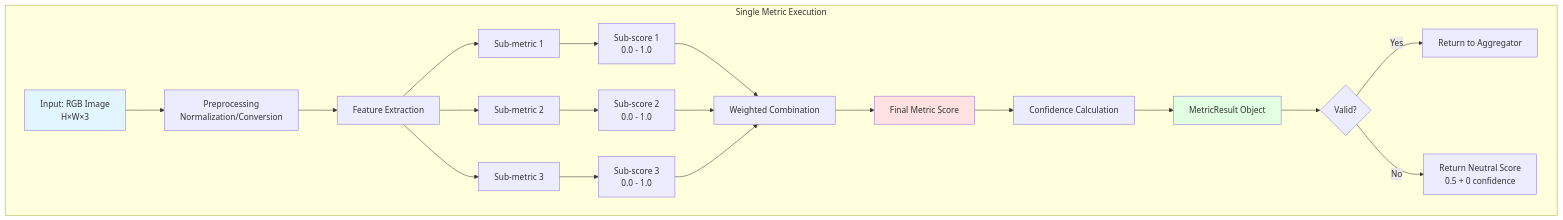
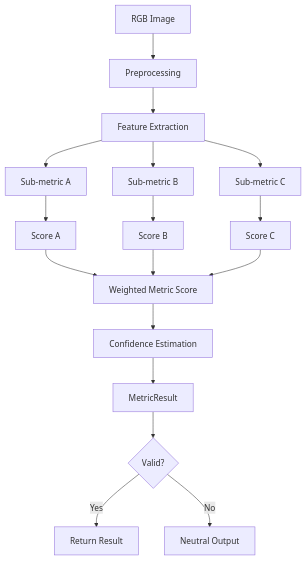
The sixth of 9 diagrams in docs/ARCHITECTURE.md (satyaki-mitra/ImageForensics-AI), drawn with Mermaid before and after one commit. The commit also changed other lines of this file and 4 other files, not shown here.

````diff
--- a/docs/ARCHITECTURE.md
+++ b/docs/ARCHITECTURE.md
@@ -284,32 +309,21 @@
 ```mermaid
 flowchart TB
-    subgraph "Single Metric Execution"
-        A[Input: RGB Image<br/>H×W×3] --> B[Preprocessing<br/>Normalization/Conversion]
-        
-        B --> C[Feature Extraction]
-        
-        C --> D1[Sub-metric 1]
-        C --> D2[Sub-metric 2]
-        C --> D3[Sub-metric 3]
-        
-        D1 --> E[Sub-score 1<br/>0.0 - 1.0]
-        D2 --> F[Sub-score 2<br/>0.0 - 1.0]
-        D3 --> G[Sub-score 3<br/>0.0 - 1.0]
-        
-        E --> H[Weighted Combination]
-        F --> H
-        G --> H
-        
-        H --> I[Final Metric Score]
-        I --> J[Confidence Calculation]
-        
-        J --> K[MetricResult Object]
-        K --> L{Valid?}
-        L -->|Yes| M[Return to Aggregator]
-        L -->|No| N[Return Neutral Score<br/>0.5 + 0 confidence]
-    end
+    A[RGB Image] --> B[Preprocessing]
+    B --> C[Feature Extraction]
     
-    style A fill:#e1f5ff
-    style I fill:#ffe1e1
-    style K fill:#e1ffe1
+    C --> D1[Sub-metric A]
+    C --> D2[Sub-metric B]
+    C --> D3[Sub-metric C]
+    
+    D1 --> E1[Score A]
+    D2 --> E2[Score B]
+    D3 --> E3[Score C]
+    
+    E1 & E2 & E3 --> F[Weighted Metric Score]
+    F --> G[Confidence Estimation]
+    G --> H[MetricResult]
+    H --> I{Valid?}
+    
+    I -->|Yes| J[Return Result]
+    I -->|No| K[Neutral Output]
 ```
````
